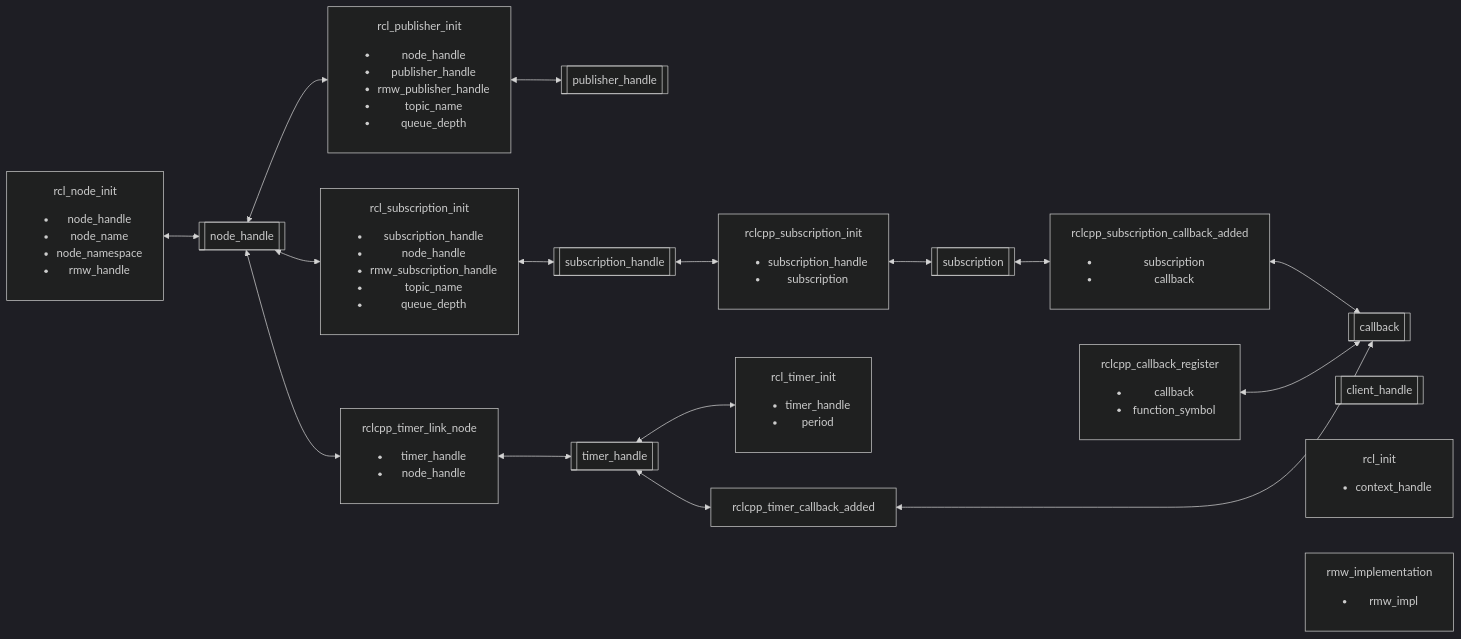
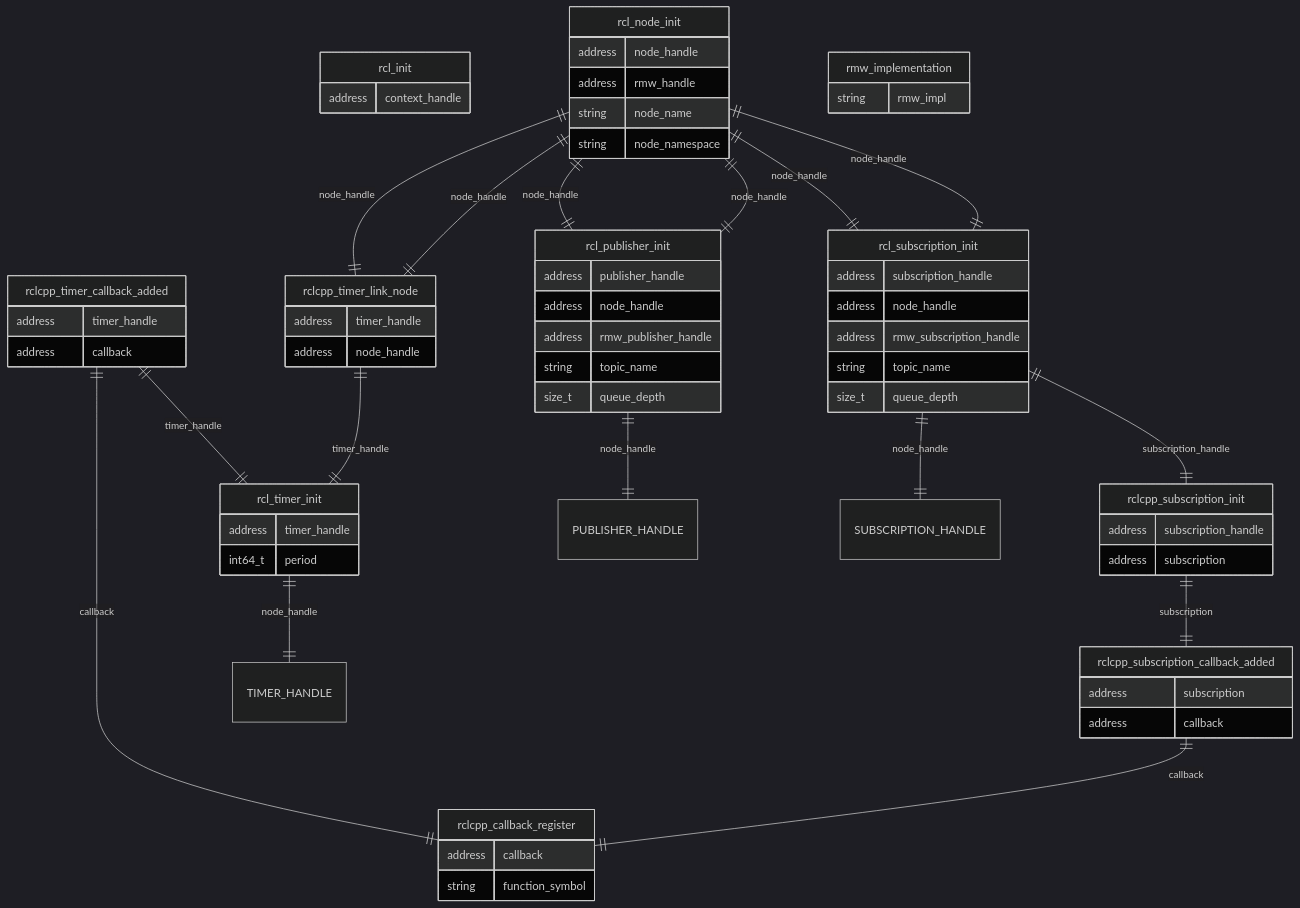
Before and after one commit to hsgwa/CARET_doc: the first of 2 diagrams in docs/design/trace_points/initialization_trace_points.md, drawn with Mermaid (dark theme). The commit also changed other lines of this file and 3 other files, not shown here.

Commit message:
ER図に変更

````diff
--- a/docs/design/trace_points/initialization_trace_points.md
+++ b/docs/design/trace_points/initialization_trace_points.md
@@ -5,55 +5,94 @@
 ```mermaid
+erDiagram
+ rcl_init{
+ address context_handle
+ }
 
-graph RL
-  node_handle[[node_handle]]
-  subscription_handle[[subscription_handle]]
-  subscription[[subscription]]
-  callback[[callback]]
-  timer_handle[[timer_handle]]
-  client_handle[[client_handle]]
-  node_handle[[node_handle]]
-  publisher_handle[[publisher_handle]]
+ rcl_node_init{
+ address node_handle
+ address rmw_handle
+ string node_name
+ string node_namespace
+ }
 
-  rcl_init[rcl_init<ul><li>context_handle</li></ul>]
+ rcl_publisher_init{
+ address publisher_handle
+ address node_handle
+ address rmw_publisher_handle
+ string topic_name
+ size_t queue_depth
+ }
 
-  rcl_node_init[rcl_node_init<br /><ul><li>node_handle</li><li>node_name</li><li>node_namespace</li><li>rmw_handle</li></ul>]
+ rcl_subscription_init{
+ address subscription_handle
+ address node_handle
+ address rmw_subscription_handle
+ string topic_name
+ size_t queue_depth
+ }
 
-  rcl_publisher_init[rcl_publisher_init<br /><ul><li>node_handle</li><li>publisher_handle</li><li>rmw_publisher_handle</li><li>topic_name</li><li>queue_depth</li></ul>]
+ rclcpp_subscription_init{
+ address subscription_handle
+ address subscription
+ }
 
-  rcl_subscription_init[rcl_subscription_init<ul><li>subscription_handle</li><li>node_handle</li><li>rmw_subscription_handle</li><li>topic_name</li><li>queue_depth</li></ul>]
+ rclcpp_subscription_callback_added{
+ address subscription
+ address callback
+ }
 
-  rclcpp_subscription_init[rclcpp_subscription_init<ul><li>subscription_handle</li><li>subscription</li></ul>]
+ rcl_timer_init{
+ address timer_handle
+ int64_t period
+ }
 
-  rclcpp_subscription_callback_added[rclcpp_subscription_callback_added<ul><li>subscription</li><li>callback</li></ul>]
+ rclcpp_timer_callback_added{
+ address timer_handle
+ address callback
+ }
 
-  rclcpp_timer_link_node[rclcpp_timer_link_node<ul><li>timer_handle</li><li>node_handle</li></ul>]
+ rclcpp_timer_link_node{
+ address timer_handle
+ address node_handle
+ }
 
-  rclcpp_callback_register[rclcpp_callback_register<ul><li>callback</li><li>function_symbol</li></ul>]
+ rclcpp_callback_register{
+ address callback
+ string function_symbol
+ }
 
-  rmw_implementation[rmw_implementation<ul><li>rmw_impl</li></ul>]
+ rmw_implementation{
+ string rmw_impl
+ }
 
-  rcl_timer_init[rcl_timer_init<ul><li>timer_handle</li><li>period</li></ul>]
+    rcl_node_init ||--|| rcl_publisher_init : node_handle
+    rcl_node_init ||--|| rcl_subscription_init : node_handle
+    rcl_node_init ||--|| rclcpp_timer_link_node : node_handle
+
+    rcl_node_init ||--|| rcl_publisher_init : node_handle
+    rcl_node_init ||--|| rcl_subscription_init : node_handle
+    rcl_node_init ||--|| rclcpp_timer_link_node : node_handle
 
 
-  rcl_publisher_init <--> node_handle
-  node_handle <--> rcl_node_init
-  rcl_subscription_init <--> node_handle
-  subscription_handle <--> rcl_subscription_init
-  rclcpp_subscription_init <--> subscription_handle
+    rcl_publisher_init ||--|| PUBLISHER_HANDLE : node_handle
+    rcl_subscription_init ||--|| SUBSCRIPTION_HANDLE : node_handle
+    rcl_timer_init ||--|| TIMER_HANDLE : node_handle
 
-  publisher_handle <--> rcl_publisher_init
+    rcl_subscription_init ||--|| rclcpp_subscription_init : subscription_handle
+    rclcpp_subscription_init ||--|| rclcpp_subscription_callback_added: subscription
 
-  subscription <--> rclcpp_subscription_init
-  rclcpp_subscription_callback_added <--> subscription
-  callback <--> rclcpp_subscription_callback_added
+    rclcpp_timer_callback_added ||--|| rclcpp_callback_register: callback
+    rclcpp_subscription_callback_added ||--|| rclcpp_callback_register: callback
 
-  rcl_timer_init <--> timer_handle
-  rclcpp_timer_callback_added <--> timer_handle
-  callback <-->  rclcpp_timer_callback_added
-  timer_handle <--> rclcpp_timer_link_node
-  rclcpp_timer_link_node <--> node_handle
+    rclcpp_timer_callback_added ||--|| rcl_timer_init : timer_handle
+    rclcpp_timer_link_node ||--|| rcl_timer_init: timer_handle
 
-  callback <--> rclcpp_callback_register
-  rmw_implementation
+
+
+
+
+
+
+
 
 ```
````
